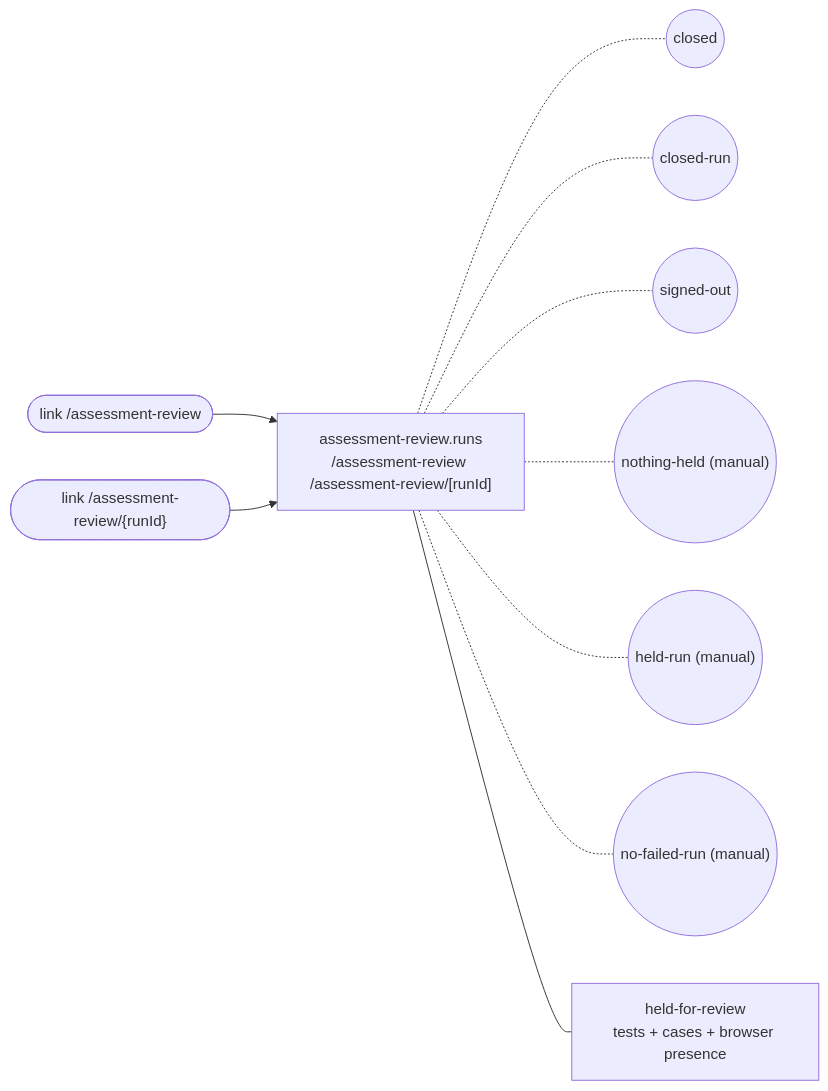
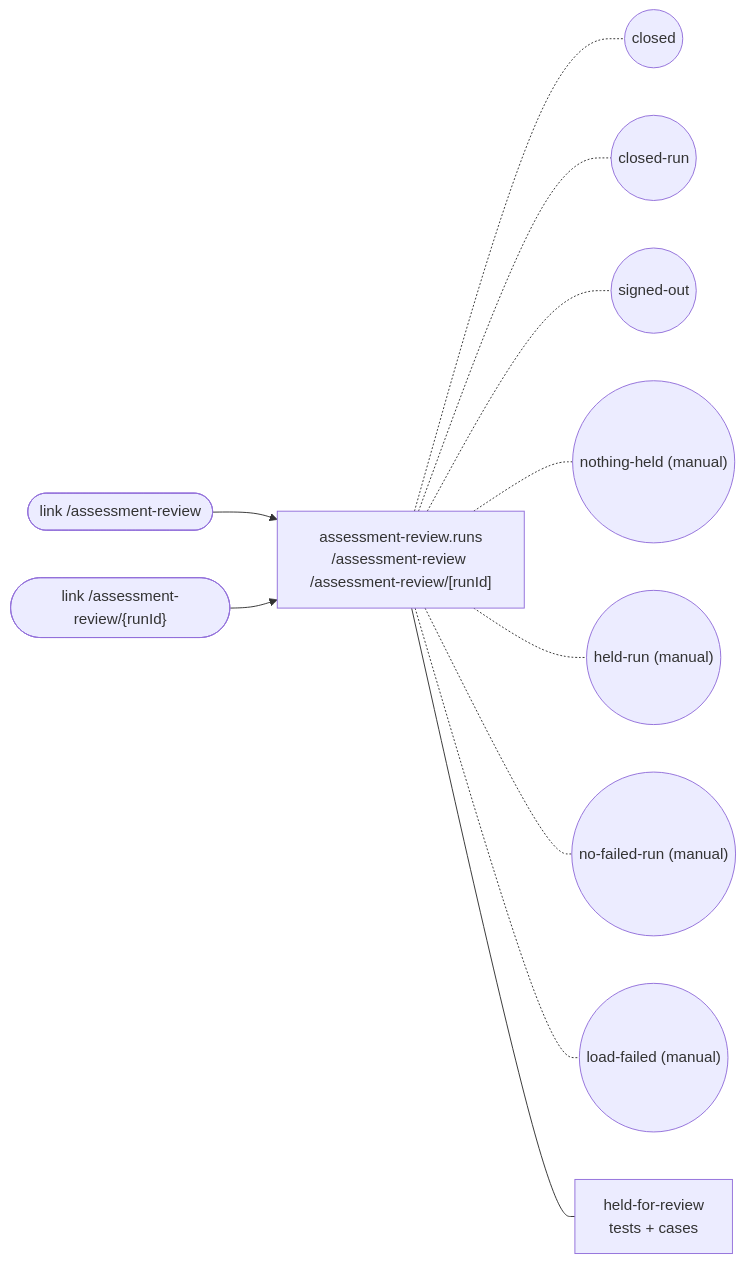
One commit to SebastianGarces/everyfield changed the diagram in docs/feature-maps/assessment-review.md. Above: the diagram before and after it, drawn with Mermaid. The commit also changed other lines of this file and 6 other files, not shown here.

Commit message:
Feature maps review fixes: cancel test for Evry reviews, how the error and operator states are produced, a tests-only assessment behavior, the unused catalog endpoint

````diff
--- a/docs/feature-maps/assessment-review.md
+++ b/docs/feature-maps/assessment-review.md
@@ -6,15 +6,16 @@
 ```mermaid
 flowchart LR
   s0_link0(["link /assessment-review"])
   s0_link1(["link /assessment-review/{runId}"])
   s0["assessment-review.runs<br/>/assessment-review /assessment-review/[runId]"]
   s0_link0 --> s0
   s0_link1 --> s0
   s0 -.- s0_st0(("closed"))
   s0 -.- s0_st1(("closed-run"))
   s0 -.- s0_st2(("signed-out"))
   s0 -.- s0_st3(("nothing-held (manual)"))
   s0 -.- s0_st4(("held-run (manual)"))
   s0 -.- s0_st5(("no-failed-run (manual)"))
-  s0 --- s0_b0["held-for-review<br/>tests + cases + browser presence"]
+  s0 -.- s0_st6(("load-failed (manual)"))
+  s0 --- s0_b0["held-for-review<br/>tests + cases"]
 ```
````
